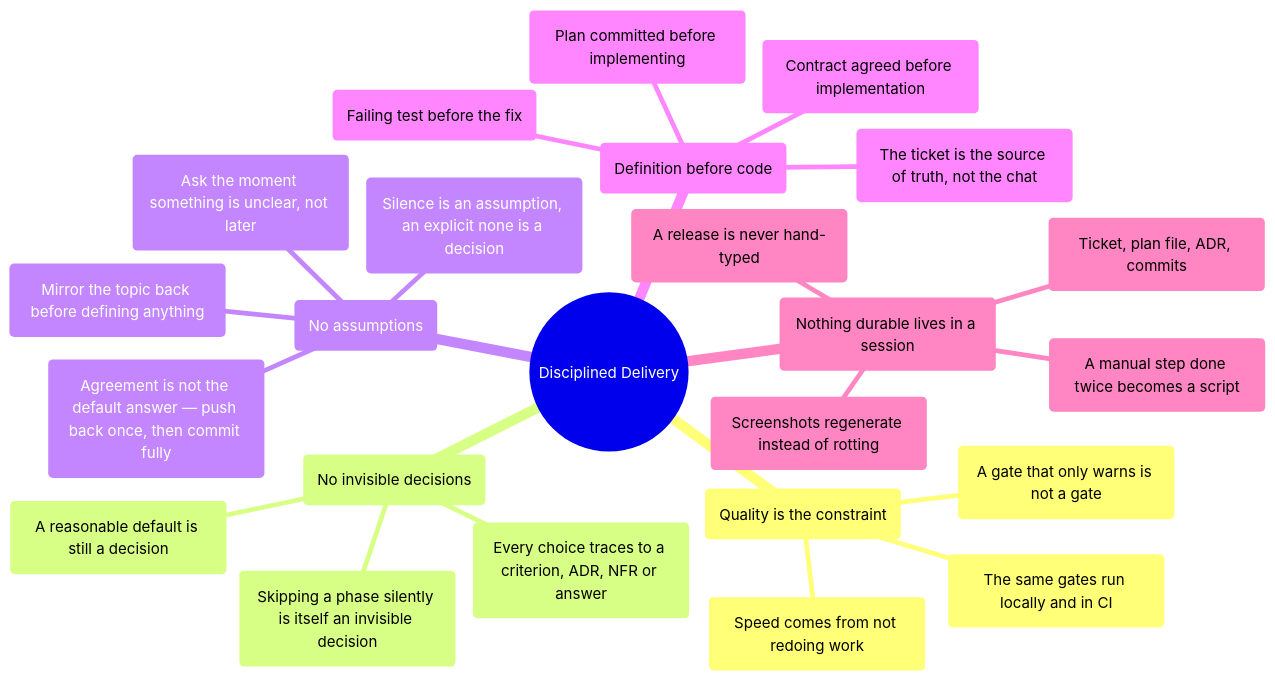
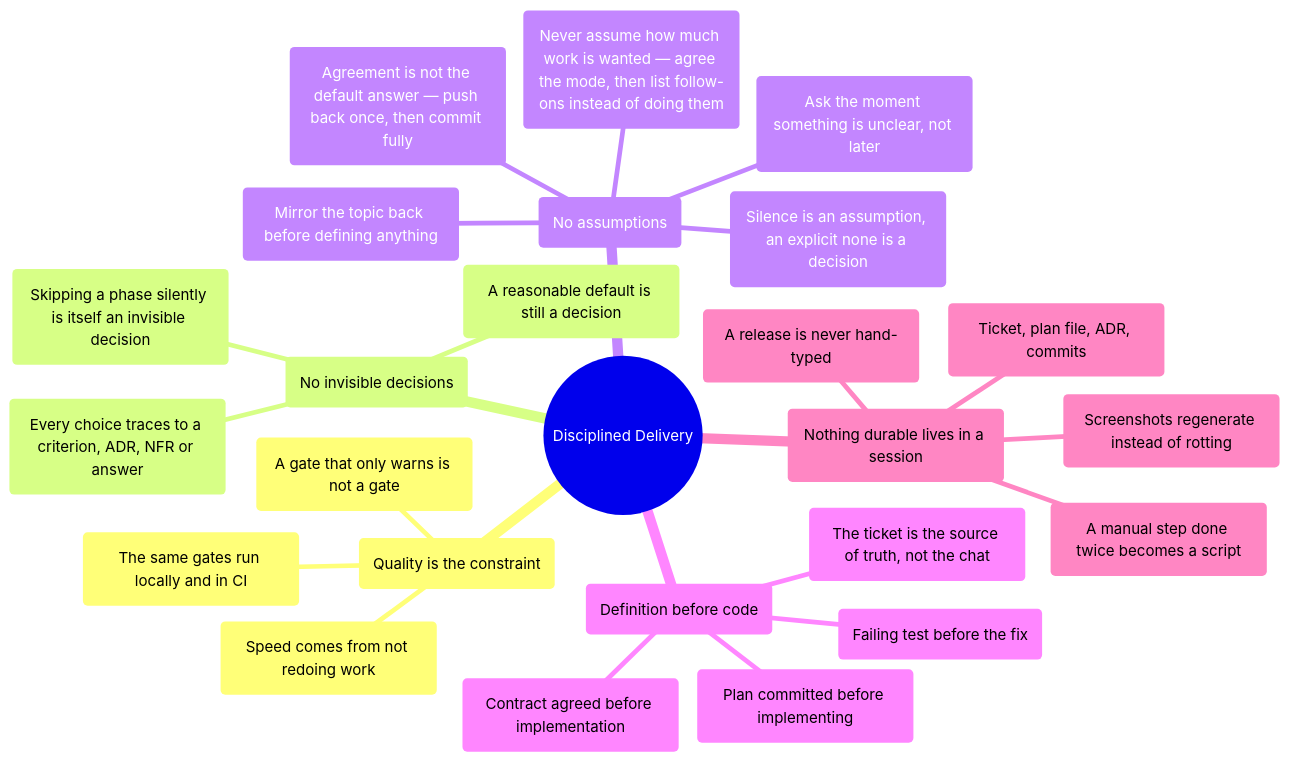
Diagram 11 of 11 in docs/delivery-flow.md (os890/skill_disciplined-delivery), drawn with Mermaid before and after one commit. The commit also changed other lines of this file and 9 other files, not shown here.

First line of the commit message:
docs: carry working mode into the diagrams and the README

````diff
--- a/docs/delivery-flow.md
+++ b/docs/delivery-flow.md
@@ -391,27 +391,28 @@
 ```mermaid
 mindmap
   root(("Disciplined Delivery"))
     ("Quality is the constraint")
       ("Speed comes from not redoing work")
       ("A gate that only warns is not a gate")
       ("The same gates run locally and in CI")
     ("No invisible decisions")
       ("Every choice traces to a criterion, ADR, NFR or answer")
       ("A reasonable default is still a decision")
       ("Skipping a phase silently is itself an invisible decision")
     ("No assumptions")
       ("Ask the moment something is unclear, not later")
       ("Mirror the topic back before defining anything")
       ("Silence is an assumption, an explicit none is a decision")
       ("Agreement is not the default answer — push back once, then commit fully")
+      ("Never assume how much work is wanted — agree the mode, then list follow-ons instead of doing them")
     ("Definition before code")
       ("The ticket is the source of truth, not the chat")
       ("Plan committed before implementing")
       ("Contract agreed before implementation")
       ("Failing test before the fix")
     ("Nothing durable lives in a session")
       ("Ticket, plan file, ADR, commits")
       ("A manual step done twice becomes a script")
       ("A release is never hand-typed")
       ("Screenshots regenerate instead of rotting")
 ```
````
